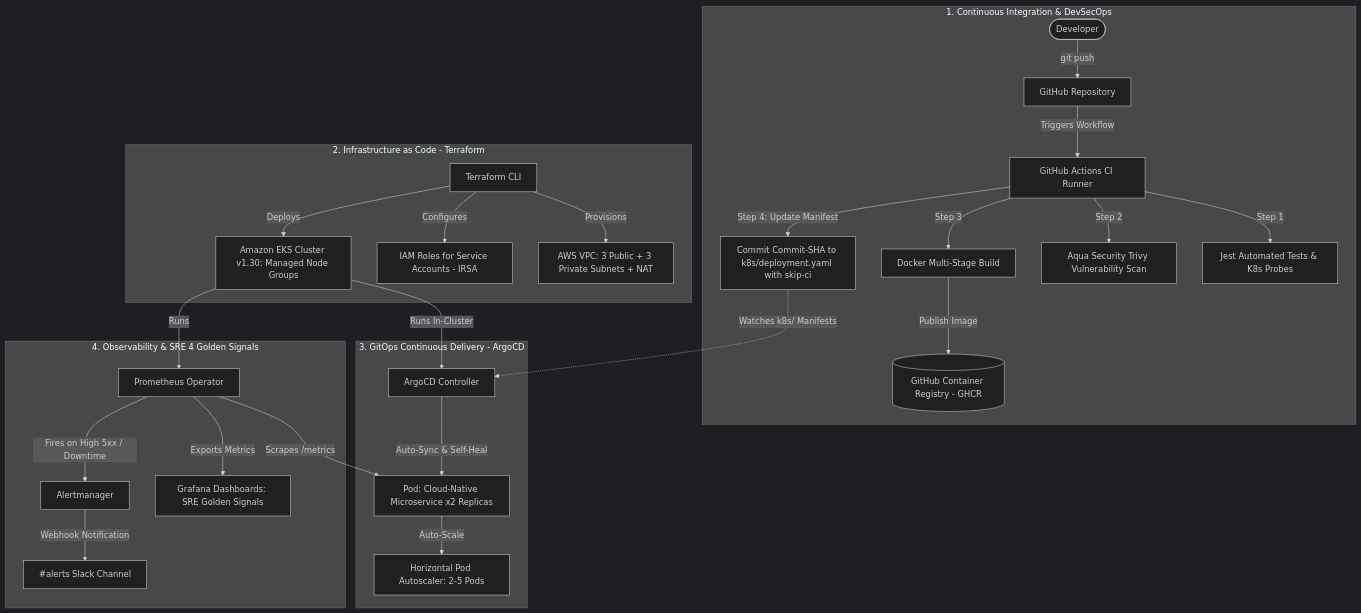
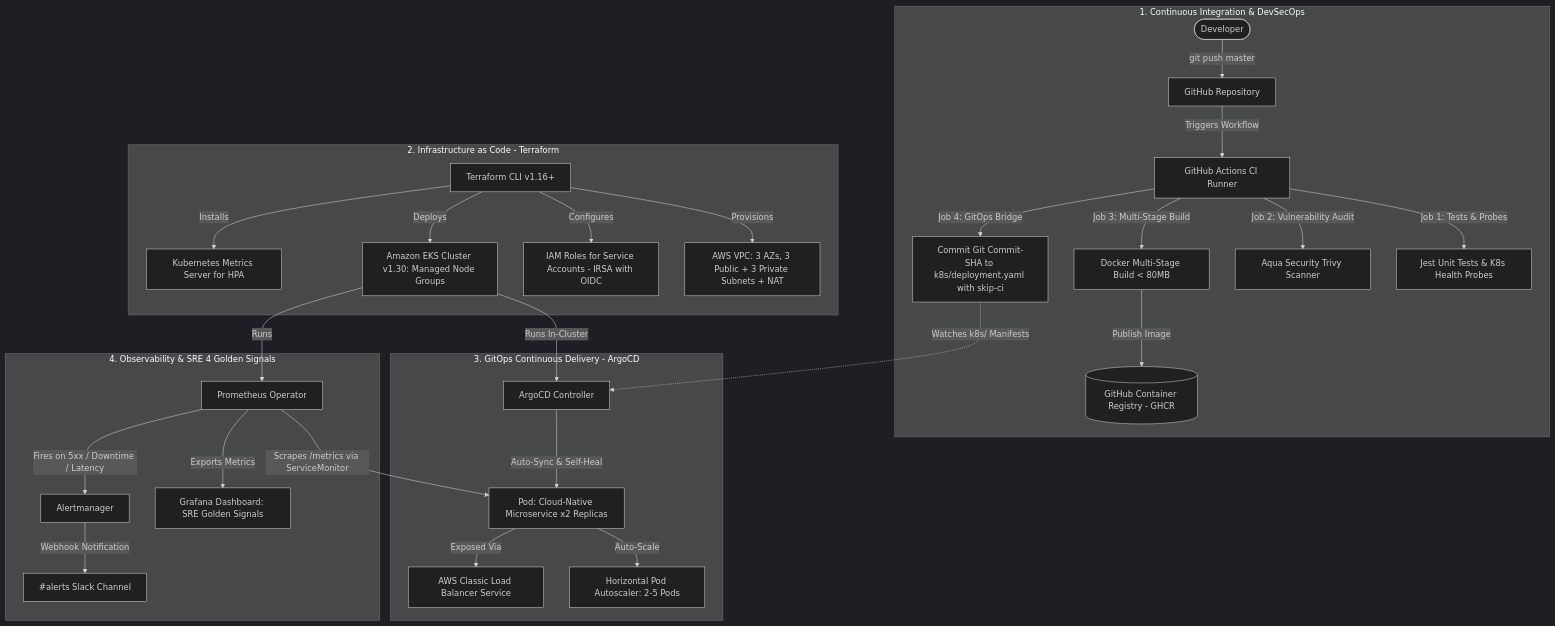
Before and after one commit to deadboltt/DevOps_Project: the diagram in README.md, drawn with Mermaid (dark theme). The commit also changed other lines of this file, not shown here.

Commit message:
docs: update README with SRE signals, quickstart fixes, and verification runbooks

````diff
--- a/README.md
+++ b/README.md
@@ -17,33 +18,35 @@
 ```mermaid
 flowchart TD
     subgraph DevSecOps_CI [1. Continuous Integration & DevSecOps]
-        Dev([Developer]) -->|git push| GitHub[GitHub Repository]
+        Dev([Developer]) -->|git push master| GitHub[GitHub Repository]
         GitHub -->|Triggers Workflow| CI[GitHub Actions CI Runner]
-        CI -->|Step 1| Test[Jest Automated Tests & K8s Probes]
-        CI -->|Step 2| Trivy[Aqua Security Trivy Vulnerability Scan]
-        CI -->|Step 3| DockerBuild[Docker Multi-Stage Build]
+        CI -->|Job 1: Tests & Probes| Test[Jest Unit Tests & K8s Health Probes]
+        CI -->|Job 2: Vulnerability Audit| Trivy[Aqua Security Trivy Scanner]
+        CI -->|Job 3: Multi-Stage Build| DockerBuild[Docker Multi-Stage Build < 80MB]
         DockerBuild -->|Publish Image| GHCR[(GitHub Container Registry - GHCR)]
-        CI -->|Step 4: Update Manifest| GitOpsCommit[Commit Commit-SHA to k8s/deployment.yaml with skip-ci]
+        CI -->|Job 4: GitOps Bridge| GitOpsCommit[Commit Git Commit-SHA to k8s/deployment.yaml with skip-ci]
     end
 
     subgraph IaC_Terraform [2. Infrastructure as Code - Terraform]
-        TF[Terraform CLI] -->|Provisions| VPC[AWS VPC: 3 Public + 3 Private Subnets + NAT]
-        TF -->|Configures| IAM[IAM Roles for Service Accounts - IRSA]
+        TF[Terraform CLI v1.16+] -->|Provisions| VPC[AWS VPC: 3 AZs, 3 Public + 3 Private Subnets + NAT]
+        TF -->|Configures| IAM[IAM Roles for Service Accounts - IRSA with OIDC]
         TF -->|Deploys| EKS[Amazon EKS Cluster v1.30: Managed Node Groups]
+        TF -->|Installs| MS[Kubernetes Metrics Server for HPA]
     end
 
     subgraph GitOps_Delivery [3. GitOps Continuous Delivery - ArgoCD]
         EKS -->|Runs In-Cluster| ArgoCD[ArgoCD Controller]
         GitOpsCommit -.->|Watches k8s/ Manifests| ArgoCD
         ArgoCD -->|Auto-Sync & Self-Heal| Workload[Pod: Cloud-Native Microservice x2 Replicas]
         Workload -->|Auto-Scale| HPA[Horizontal Pod Autoscaler: 2-5 Pods]
+        Workload -->|Exposed Via| ELB[AWS Classic Load Balancer Service]
     end
 
     subgraph Observability_SRE [4. Observability & SRE 4 Golden Signals]
         EKS -->|Runs| Prom[Prometheus Operator]
-        Prom -->|Scrapes /metrics| Workload
-        Prom -->|Exports Metrics| Grafana[Grafana Dashboards: SRE Golden Signals]
-        Prom -->|Fires on High 5xx / Downtime| Alertmanager[Alertmanager]
+        Prom -->|Scrapes /metrics via ServiceMonitor| Workload
+        Prom -->|Exports Metrics| Grafana[Grafana Dashboard: SRE Golden Signals]
+        Prom -->|Fires on 5xx / Downtime / Latency| Alertmanager[Alertmanager]
         Alertmanager -->|Webhook Notification| Slack[#alerts Slack Channel]
     end
 ```
````
